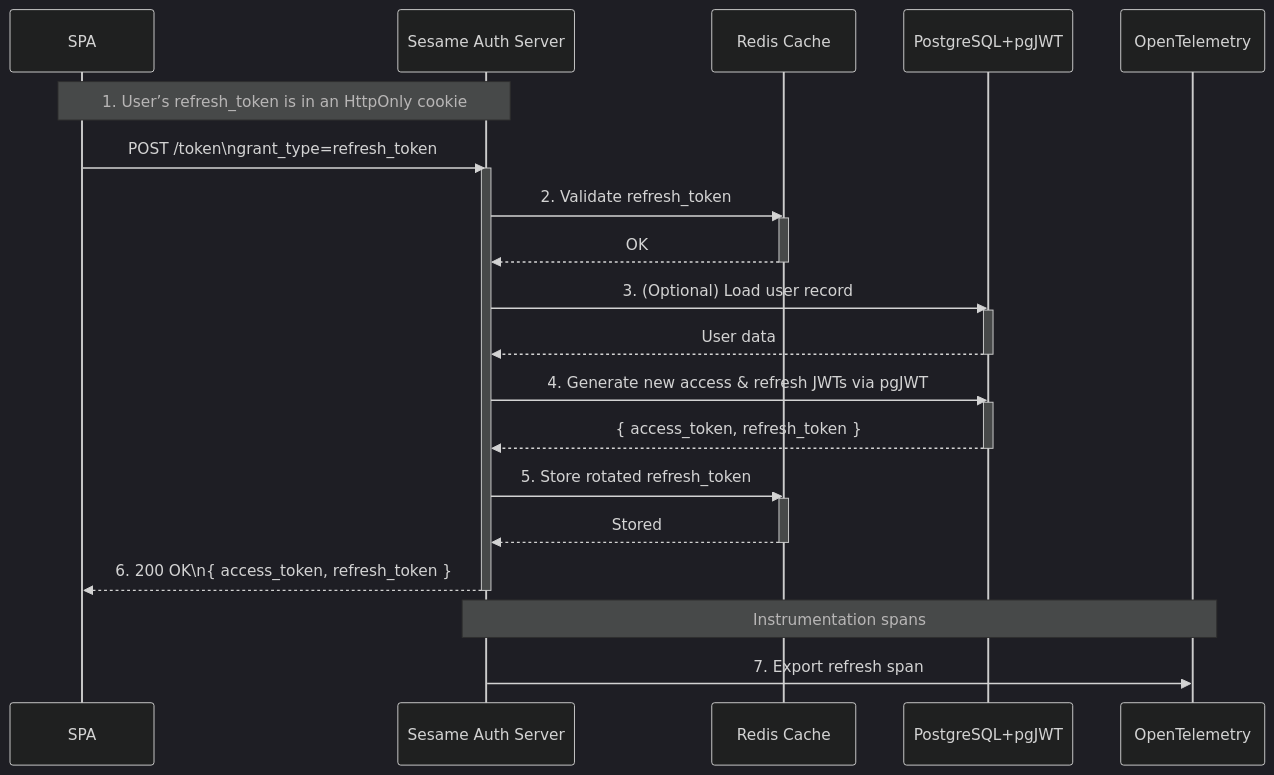
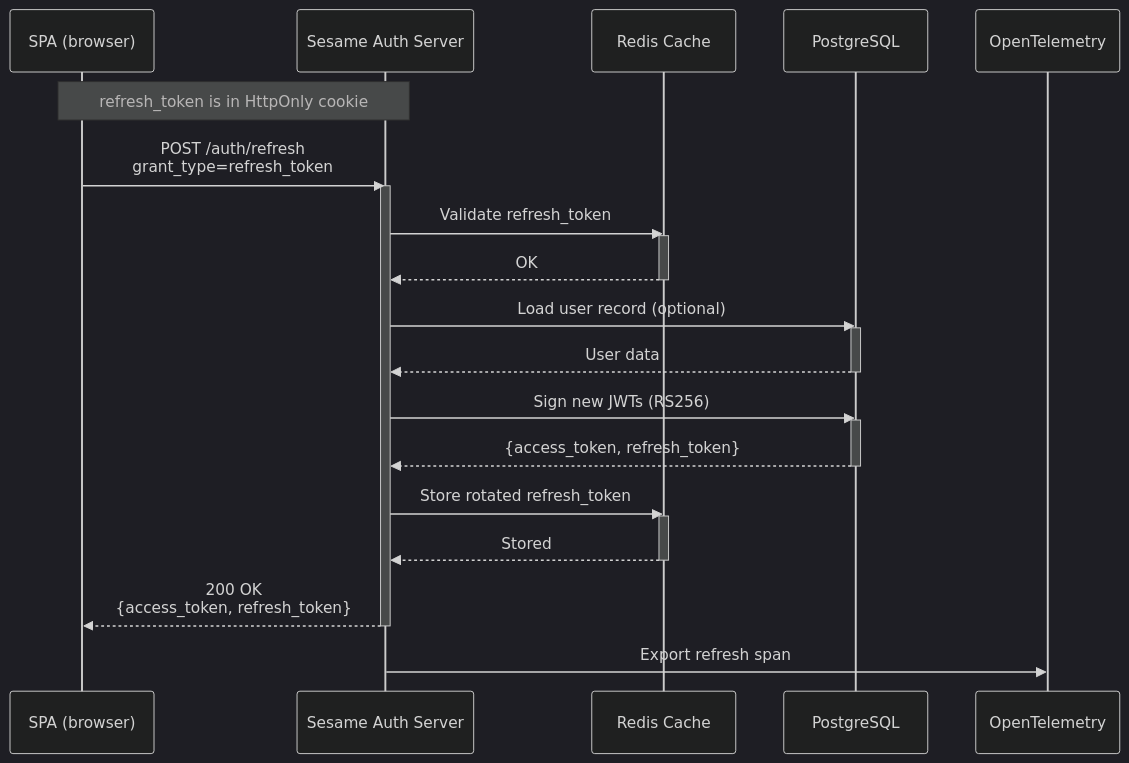
One commit to microscaler/sesame-idam changed the first of 4 diagrams in docs/mermaid/sequence.md. Above: the diagram before and after it, drawn with Mermaid (dark theme). The commit also changed other lines of this file and 30 other files, not shown here.

````diff
--- a/docs/mermaid/sequence.md
+++ b/docs/mermaid/sequence.md
@@ -1,41 +10,38 @@
 ```mermaid
 sequenceDiagram
-    participant SPA as SPA
+    participant SPA as SPA (browser)
     participant Sesame as Sesame Auth Server
     participant Redis as Redis Cache
-    participant PG as PostgreSQL+pgJWT
+    participant PG as PostgreSQL
     participant Otel as OpenTelemetry
 
-    Note over SPA,Sesame: 1. User’s refresh_token is in an HttpOnly cookie
+    Note over SPA,Sesame: refresh_token is in HttpOnly cookie
 
-    SPA->>Sesame: POST /token\ngrant_type=refresh_token
+    SPA->>Sesame: POST /auth/refresh<br/>grant_type=refresh_token
     activate Sesame
 
-    Sesame->>Redis: 2. Validate refresh_token
+    Sesame->>Redis: Validate refresh_token
     activate Redis
     Redis-->>Sesame: OK
     deactivate Redis
 
-    Sesame->>PG: 3. (Optional) Load user record
+    Sesame->>PG: Load user record (optional)
     activate PG
     PG-->>Sesame: User data
     deactivate PG
 
-    Sesame->>PG: 4. Generate new access & refresh JWTs via pgJWT
+    Sesame->>PG: Sign new JWTs (RS256)
     activate PG
-    PG-->>Sesame: { access_token, refresh_token }
+    PG-->>Sesame: {access_token, refresh_token}
     deactivate PG
 
-    Sesame->>Redis: 5. Store rotated refresh_token
+    Sesame->>Redis: Store rotated refresh_token
     activate Redis
     Redis-->>Sesame: Stored
     deactivate Redis
 
-    Sesame-->>SPA: 6. 200 OK\n{ access_token, refresh_token }
+    Sesame-->>SPA: 200 OK<br/>{access_token, refresh_token}
     deactivate Sesame
 
-    Note over Sesame,Otel: Instrumentation spans
-    Sesame->>Otel: 7. Export refresh span
-
-
+    Sesame->>Otel: Export refresh span
 ```
````
